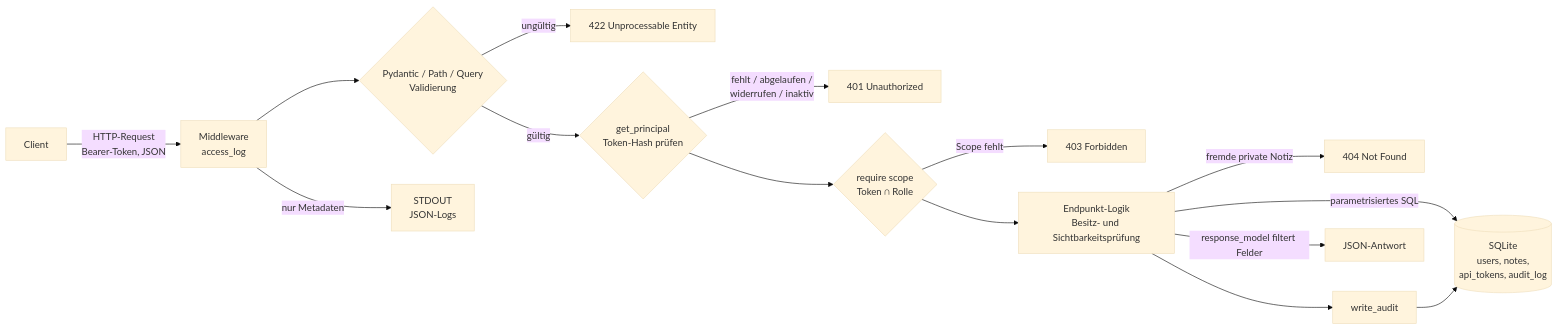
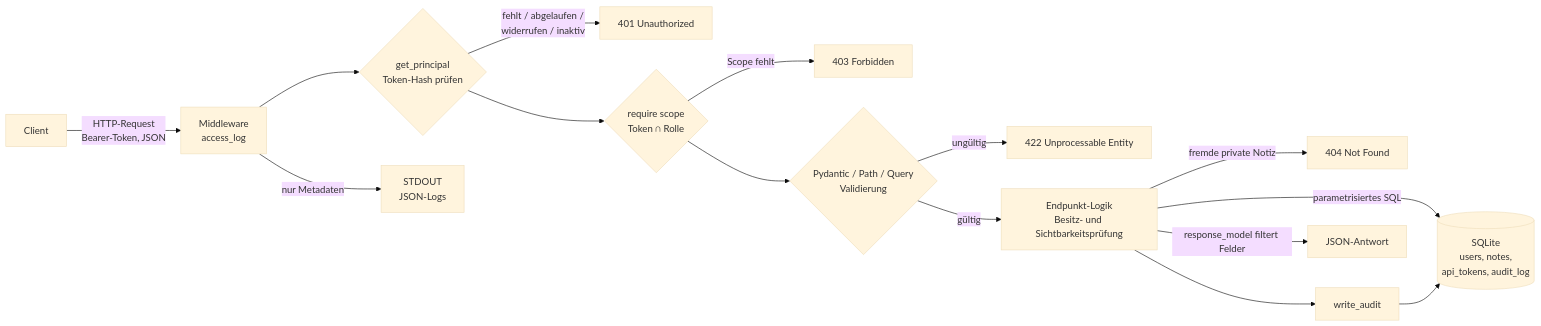
The diagram in docs/datenfluss.md (someoneingermany/SecurityByDesign-WS26), drawn with Mermaid (base theme) before and after one commit. The commit also changed other lines of this file and 12 other files, not shown here.

````diff
--- a/docs/datenfluss.md
+++ b/docs/datenfluss.md
@@ -7,16 +7,16 @@
 ```mermaid
 flowchart LR
     C[Client] -->|HTTP-Request<br>Bearer-Token, JSON| MW[Middleware<br>access_log]
-    MW --> V{Pydantic / Path / Query<br>Validierung}
-    V -->|ungültig| E422[422 Unprocessable Entity]
-    V -->|gültig| A{get_principal<br>Token-Hash prüfen}
+    MW --> A{get_principal<br>Token-Hash prüfen}
     A -->|fehlt / abgelaufen /<br>widerrufen / inaktiv| E401[401 Unauthorized]
     A --> S{require scope<br>Token ∩ Rolle}
     S -->|Scope fehlt| E403[403 Forbidden]
-    S --> H[Endpunkt-Logik<br>Besitz- und Sichtbarkeitsprüfung]
+    S --> V{Pydantic / Path / Query<br>Validierung}
+    V -->|ungültig| E422[422 Unprocessable Entity]
+    V -->|gültig| H[Endpunkt-Logik<br>Besitz- und Sichtbarkeitsprüfung]
     H -->|fremde private Notiz| E404[404 Not Found]
     H -->|parametrisiertes SQL| DB[(SQLite<br>users, notes,<br>api_tokens, audit_log)]
     H --> AU[write_audit] --> DB
     H -->|response_model filtert Felder| R[JSON-Antwort]
     MW -->|nur Metadaten| LOG[STDOUT<br>JSON-Logs]
 ```
````
